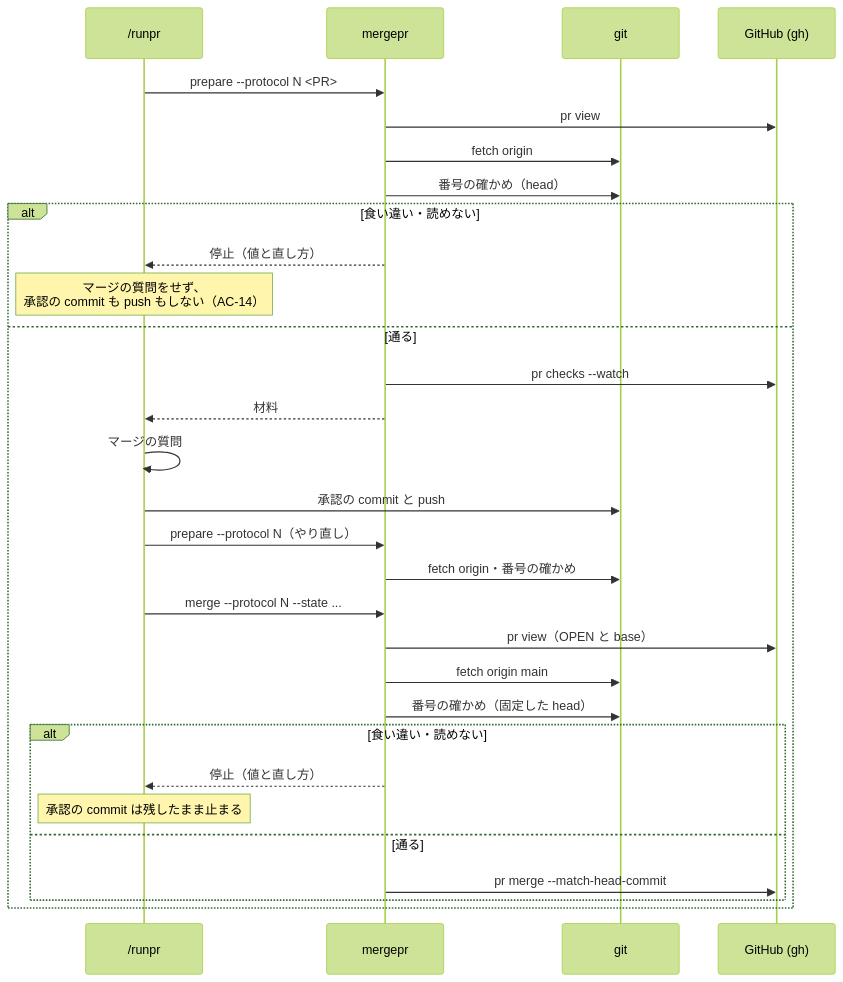
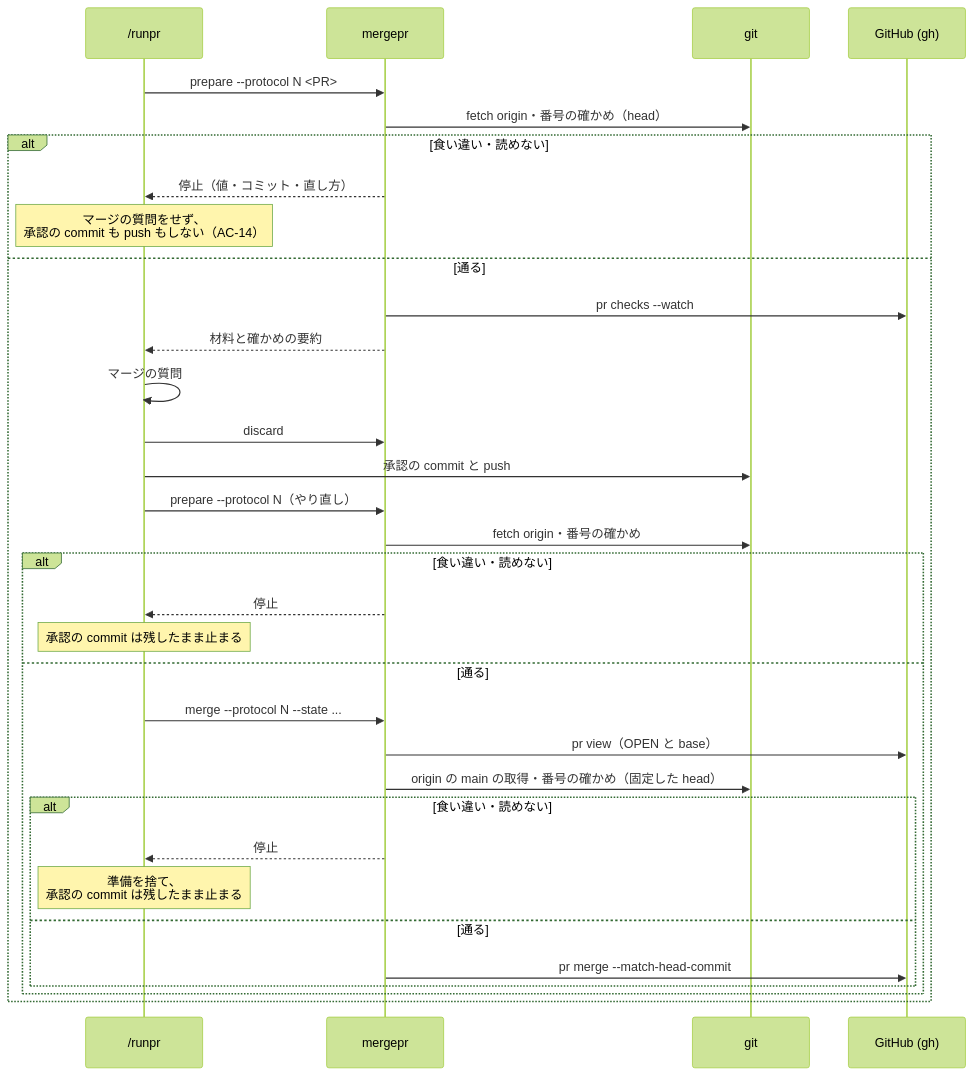
Before and after one commit to isseis/yt2column: the third of 4 diagrams in docs/tasks/0099_protocol_number_rule/02_architecture.md, drawn with Mermaid (forest theme). The commit also changed other lines of this file and 1 other file, not shown here.

First line of the commit message:
docs(0099): address the architecture review and the prose pass

````diff
--- a/docs/tasks/0099_protocol_number_rule/02_architecture.md
+++ b/docs/tasks/0099_protocol_number_rule/02_architecture.md
@@ -161,33 +168,36 @@
 ```mermaid
 sequenceDiagram
     participant R as /runpr
     participant M as mergepr
     participant G as git
     participant H as GitHub (gh)
 
     R->>M: prepare --protocol N <PR>
-    M->>H: pr view
-    M->>G: fetch origin
-    M->>G: 番号の確かめ（head）
+    M->>G: fetch origin・番号の確かめ（head）
     alt 食い違い・読めない
-        M-->>R: 停止（値と直し方）
+        M-->>R: 停止（値・コミット・直し方）
         Note over R: マージの質問をせず、<br>承認の commit も push もしない（AC-14）
     else 通る
         M->>H: pr checks --watch
-        M-->>R: 材料
+        M-->>R: 材料と確かめの要約
         R->>R: マージの質問
+        R->>M: discard
         R->>G: 承認の commit と push
         R->>M: prepare --protocol N（やり直し）
         M->>G: fetch origin・番号の確かめ
-        R->>M: merge --protocol N --state ...
-        M->>H: pr view（OPEN と base）
-        M->>G: fetch origin main
-        M->>G: 番号の確かめ（固定した head）
         alt 食い違い・読めない
-            M-->>R: 停止（値と直し方）
+            M-->>R: 停止
             Note over R: 承認の commit は残したまま止まる
         else 通る
-            M->>H: pr merge --match-head-commit
+            R->>M: merge --protocol N --state ...
+            M->>H: pr view（OPEN と base）
+            M->>G: origin の main の取得・番号の確かめ（固定した head）
+            alt 食い違い・読めない
+                M-->>R: 停止
+                Note over R: 準備を捨て、<br>承認の commit は残したまま止まる
+            else 通る
+                M->>H: pr merge --match-head-commit
+            end
         end
     end
 ```
````
